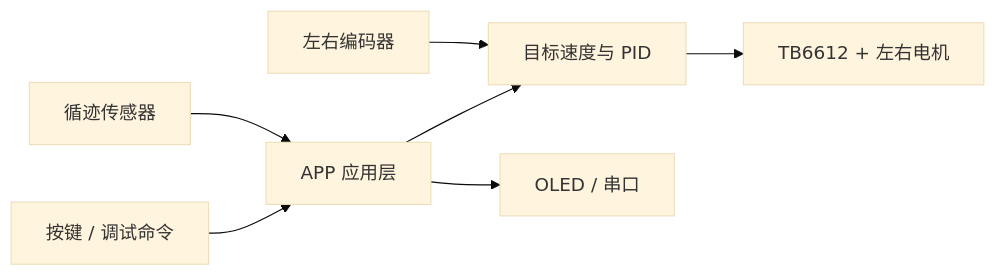
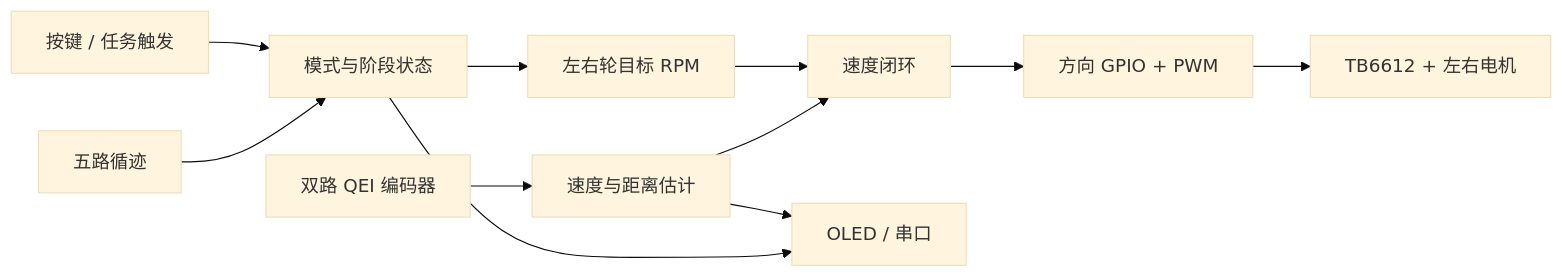
Before and after one commit to ice11123/GUET_428: the diagram in src/content/blog/小车组/TI小车实战/01-ti-car-start.md, drawn with Mermaid (base theme). The commit also changed other lines of this file and 10 other files, not shown here.

````diff
--- a/src/content/blog/小车组/TI小车实战/01-ti-car-start.md
+++ b/src/content/blog/小车组/TI小车实战/01-ti-car-start.md
@@ -52,9 +31,13 @@
 ```mermaid
 flowchart LR
-  K[按键 / 调试命令] --> A[APP 应用层]
-  T[循迹传感器] --> A
-  A --> P[目标速度与 PID]
-  E[左右编码器] --> P
-  P --> M[TB6612 + 左右电机]
-  A --> O[OLED / 串口]
+  U[按键 / 任务触发] --> S[模式与阶段状态]
+  T[五路循迹] --> S
+  S --> R[左右轮目标 RPM]
+  E[双路 QEI 编码器] --> C[速度与距离估计]
+  R --> P[速度闭环]
+  C --> P
+  P --> D[方向 GPIO + PWM]
+  D --> M[TB6612 + 左右电机]
+  C --> O[OLED / 串口]
+  S --> O
 ```
````
